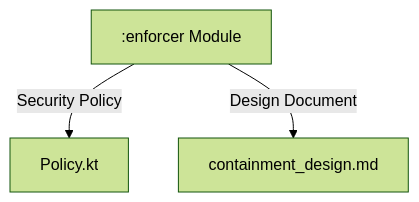
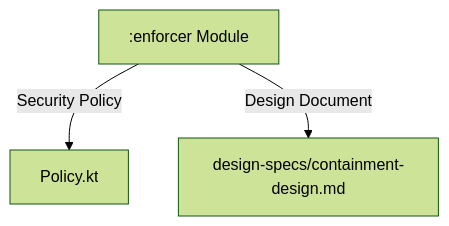
Before and after one commit to Pilleo/mazewall: the diagram in docs/internals/documentation-standards.md, drawn with Mermaid (forest theme). The commit also changed other lines of this file and 46 other files, not shown here.

````diff
--- a/docs/internals/documentation-standards.md
+++ b/docs/internals/documentation-standards.md
@@ -57,7 +57,7 @@
     ```mermaid
     graph TD
         Enforcer[":enforcer Module"] -->|Security Policy| PolicyClass[Policy.kt]
-        Enforcer -->|Design Document| ContainmentDesign[containment_design.md]
+        Enforcer -->|Design Document| ContainmentDesign[design-specs/containment-design.md]
         
-        click ContainmentDesign "containment_design.md"
+        click ContainmentDesign "design-specs/containment-design.md"
     ```
````
